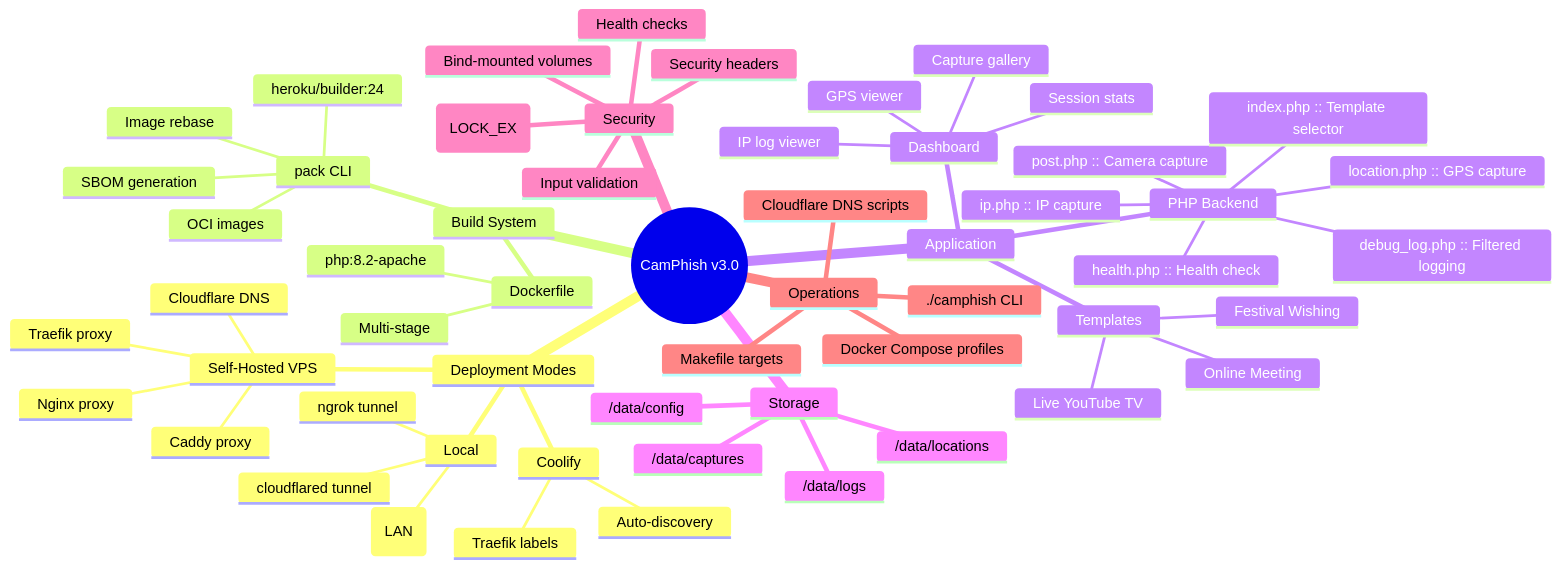
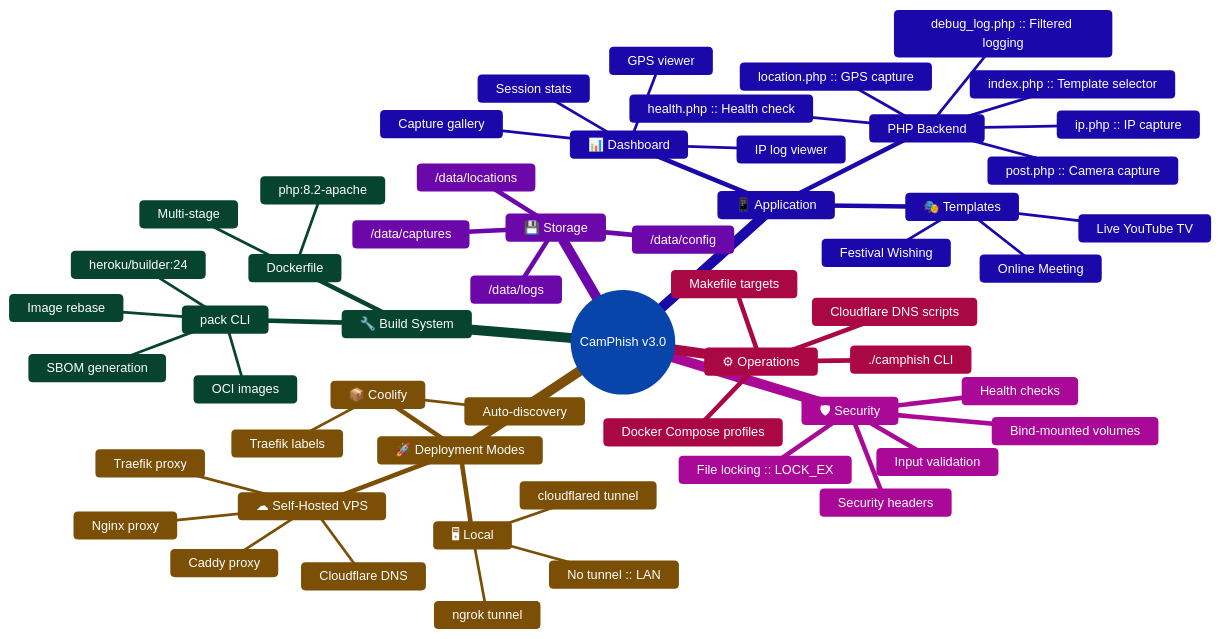
One commit to yashodhank/CamPhish changed the diagram in docs/diagrams/project-mindmap.mmd. Above: the diagram before and after it, drawn with Mermaid. The commit also changed 23 other files, not shown here.

First line of the commit message:
docs: enhance all 12 diagrams with dual-background styling + add landing page visitor UX flow

```diff
--- a/docs/diagrams/project-mindmap.mmd
+++ b/docs/diagrams/project-mindmap.mmd
@@ -1,57 +1,58 @@
+%%{init: {'theme': 'base', 'themeVariables': {'primaryColor': '#3b82f6','primaryTextColor': '#ffffff','primaryBorderColor': '#2563eb','lineColor': '#6b7280','secondaryColor': '#f59e0b','tertiaryColor': '#10b981','fontSize': '14px'}}}%%
 mindmap
   root((CamPhish v3.0))
-    Deployment Modes
-      Local
+    🚀 Deployment Modes
+      🖥 Local
         ngrok tunnel
         cloudflared tunnel
-        No tunnel (LAN)
-      Self-Hosted VPS
+        No tunnel :: LAN
+      ☁ Self-Hosted VPS
         Caddy proxy
         Traefik proxy
         Nginx proxy
         Cloudflare DNS
-      Coolify
+      📦 Coolify
         Traefik labels
         Auto-discovery
-    Build System
+    🔧 Build System
       pack CLI
         heroku/builder:24
         OCI images
         SBOM generation
         Image rebase
       Dockerfile
         php:8.2-apache
         Multi-stage
-    Application
+    📱 Application
       PHP Backend
         ip.php :: IP capture
         location.php :: GPS capture
         post.php :: Camera capture
         debug_log.php :: Filtered logging
         index.php :: Template selector
         health.php :: Health check
-      Templates
+      🎭 Templates
         Festival Wishing
         Live YouTube TV
         Online Meeting
-      Dashboard
+      📊 Dashboard
         Capture gallery
         GPS viewer
         IP log viewer
         Session stats
-    Storage
+    💾 Storage
       /data/captures
       /data/locations
       /data/logs
       /data/config
-    Security
+    🛡 Security
       Security headers
       Bind-mounted volumes
       Health checks
       Input validation
-      File locking (LOCK_EX)
-    Operations
+      File locking :: LOCK_EX
+    ⚙ Operations
       ./camphish CLI
       Makefile targets
       Docker Compose profiles
       Cloudflare DNS scripts
```
